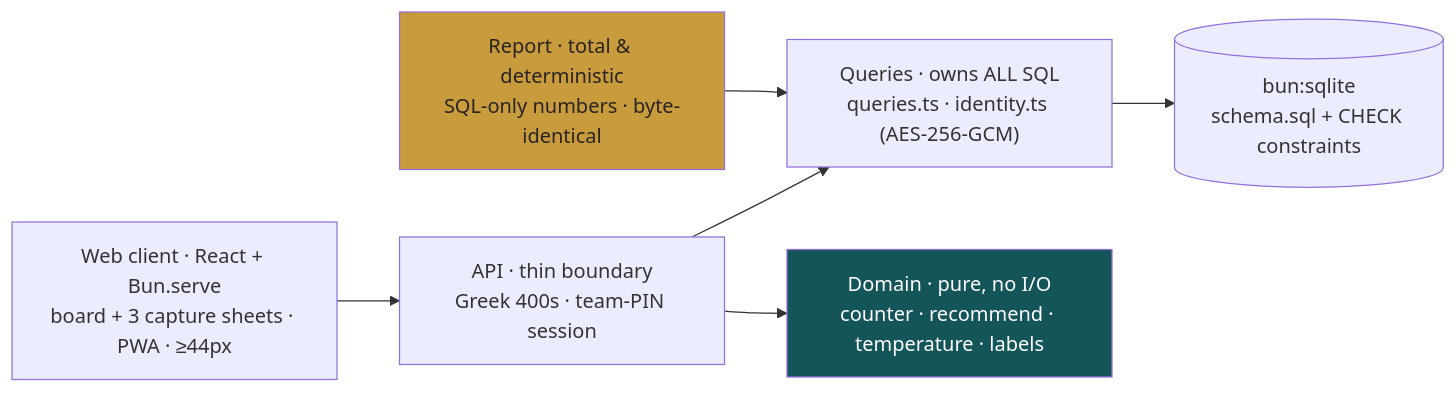
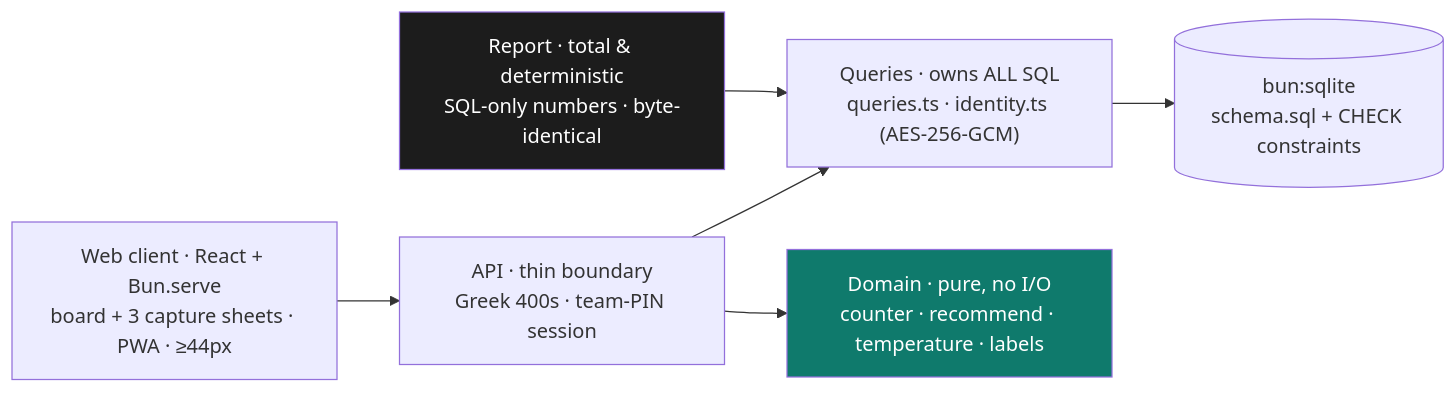
The diagram in README.md (chrimar3/CONSTRUCTOR), drawn with Mermaid before and after one commit. The commit also changed other lines of this file, not shown here.

````diff
--- a/README.md
+++ b/README.md
@@ -55,15 +58,15 @@
 ```mermaid
 flowchart LR
     UI["Web client · React + Bun.serve<br/>board + 3 capture sheets · PWA · ≥44px"]
     SRV["API · thin boundary<br/>Greek 400s · team-PIN session"]
     Q["Queries · owns ALL SQL<br/>queries.ts · identity.ts (AES-256-GCM)"]
     D["Domain · pure, no I/O<br/>counter · recommend · temperature · labels"]
     R["Report · total & deterministic<br/>SQL-only numbers · byte-identical"]
     DB[("bun:sqlite<br/>schema.sql + CHECK constraints")]
 
     UI --> SRV --> Q --> DB
     SRV --> D
     R --> Q
-    style D fill:#14555a,color:#ffffff
-    style R fill:#c89b3c,color:#2a2320
+    style D fill:#0f7a6c,color:#ffffff
+    style R fill:#1c1c1c,color:#ffffff
 ```
````
